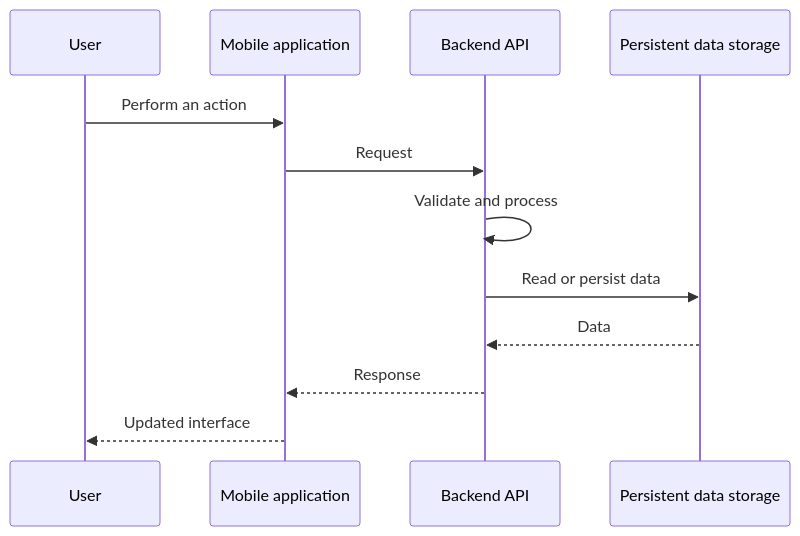
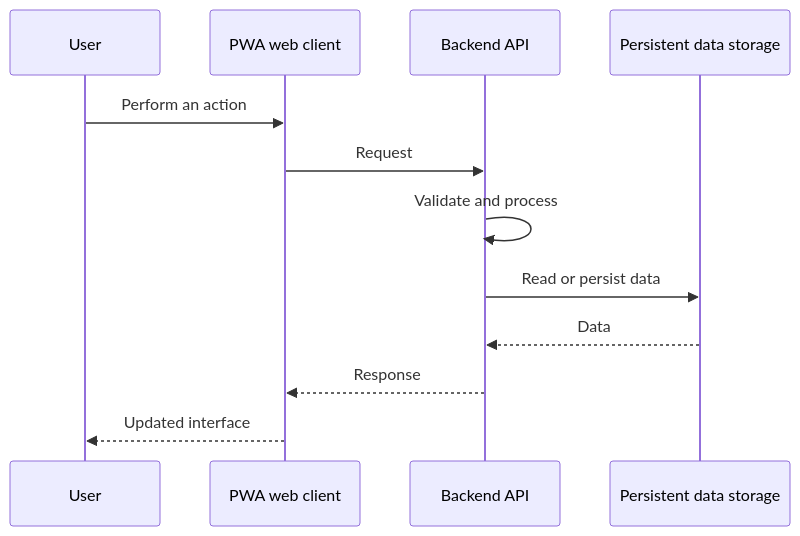
The second of 2 diagrams in docs/architecture.md (TomasAngarita24/ASCEND), drawn with Mermaid before and after one commit. The commit also changed other lines of this file and 196 other files, not shown here.

````diff
--- a/docs/architecture.md
+++ b/docs/architecture.md
@@ -76,15 +75,15 @@
 ```mermaid
 sequenceDiagram
     participant U as User
-    participant M as Mobile application
+    participant P as PWA web client
     participant B as Backend API
     participant D as Persistent data storage
 
-    U->>M: Perform an action
-    M->>B: Request
+    U->>P: Perform an action
+    P->>B: Request
     B->>B: Validate and process
     B->>D: Read or persist data
     D-->>B: Data
-    B-->>M: Response
-    M-->>U: Updated interface
+    B-->>P: Response
+    P-->>U: Updated interface
 ```
````
